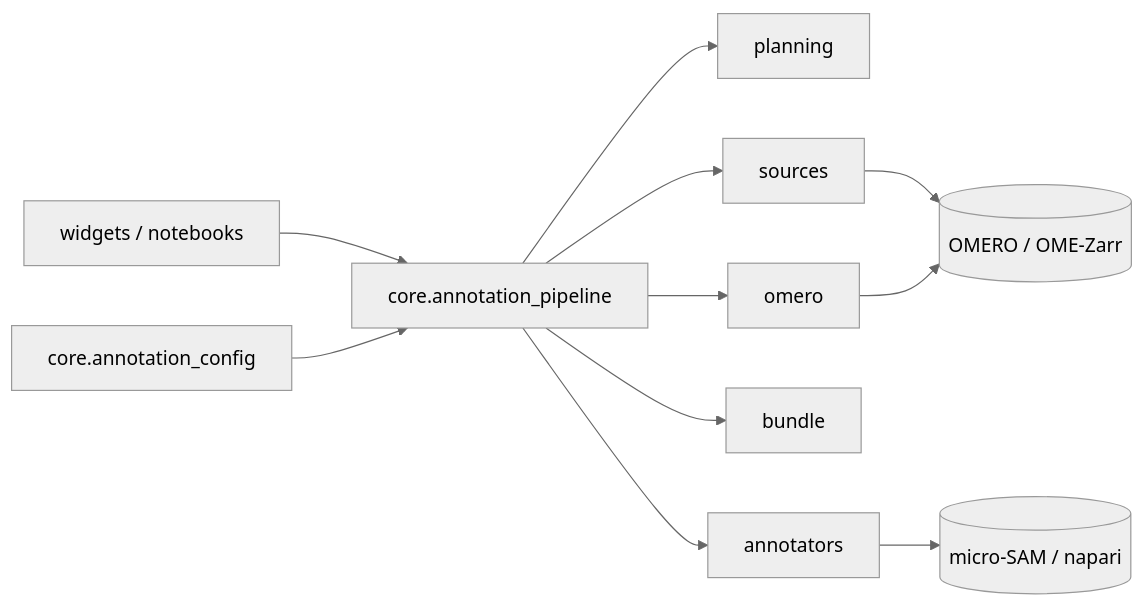
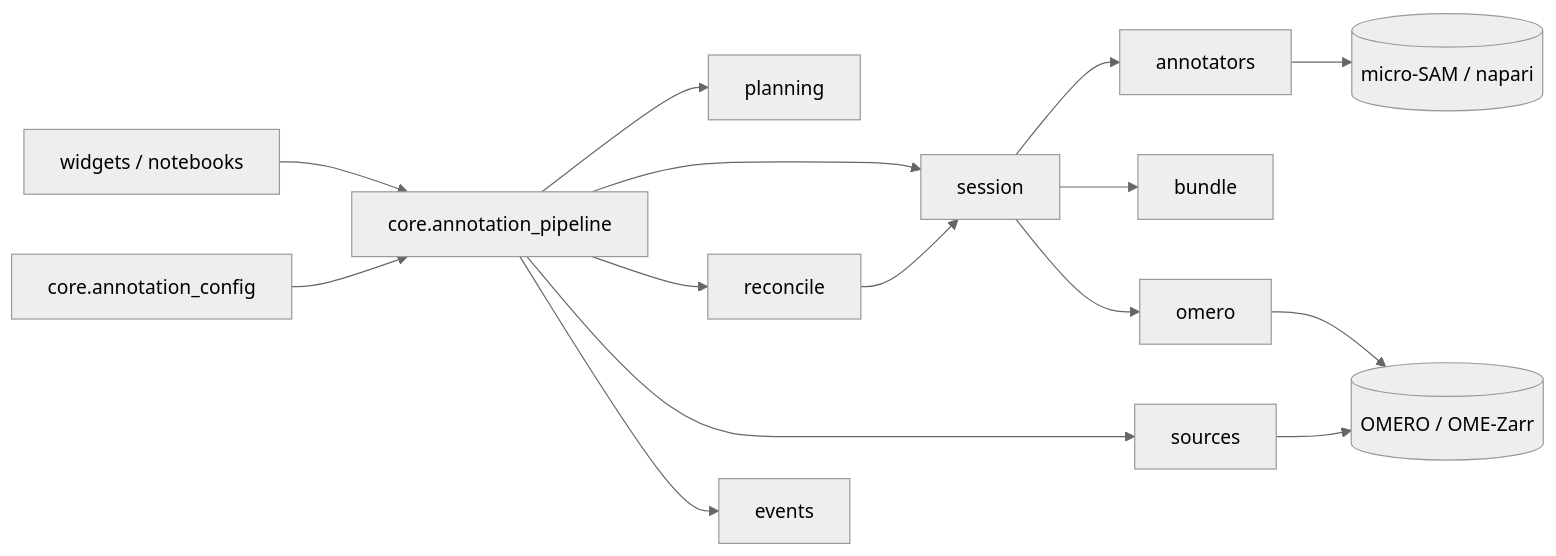
The diagram in docs/architecture.md (Leiden-Cell-Observatory/omero_annotate_ai), drawn with Mermaid (neutral theme) before and after one commit. The commit also changed other lines of this file and 5 other files, not shown here.

First line of the commit message:
docs: resume repairs, failed uploads, pixel checks, architecture

````diff
--- a/docs/architecture.md
+++ b/docs/architecture.md
@@ -6,13 +6,17 @@
 ```mermaid
 flowchart LR
     W[widgets / notebooks] --> P[core.annotation_pipeline]
     C[core.annotation_config] --> P
     P --> PL[planning]
+    P --> SE[session]
+    P --> R[reconcile]
+    SE --> A[annotators]
+    SE --> B[bundle]
+    R --> SE
     P --> S[sources]
-    P --> A[annotators]
-    P --> B[bundle]
-    P --> O[omero]
+    SE --> O[omero]
+    P --> E[events]
     A --> N[(micro-SAM / napari)]
     S --> OM[(OMERO / OME-Zarr)]
     O --> OM
 ```
````
